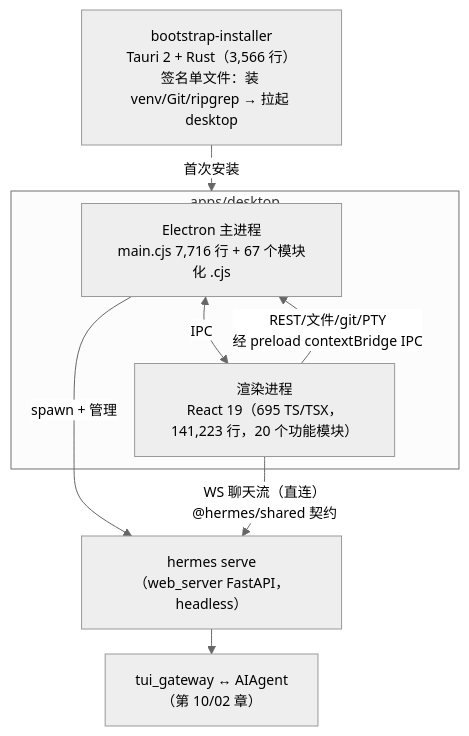
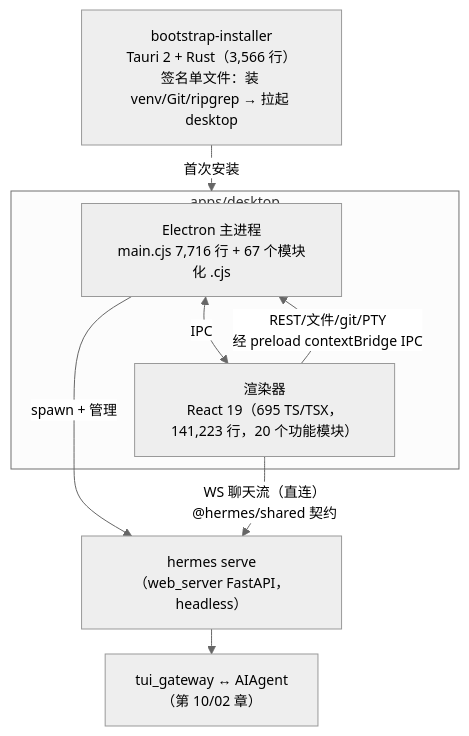
Before and after one commit to fang-lin/hermes-agent-code-analysis: the first of 2 diagrams in docs/zh/drafts/14-桌面应用-draft.md, drawn with Mermaid. The commit also changed other lines of this file, not shown here.

Commit message:
14 章草稿采纳文学性审核：拆 3 处高密度长段为列表/分段、补 4 处过渡句、补启动序列图、统一术语（渲染器/67+68/聊天）

````diff
--- a/docs/zh/drafts/14-桌面应用-draft.md
+++ b/docs/zh/drafts/14-桌面应用-draft.md
@@ -64,15 +64,15 @@
 ```mermaid
 %%{init: {"theme": "neutral", "themeVariables": {"fontSize": "14px"}, "flowchart": {"nodeSpacing": 15, "rankSpacing": 25}}}%%
 flowchart TD
     BOOT["bootstrap-installer<br/>Tauri 2 + Rust（3,566 行）<br/>签名单文件：装 venv/Git/ripgrep → 拉起 desktop"]
     BOOT -->|首次安装| DESK
     subgraph DESK ["apps/desktop"]
         MAIN["Electron 主进程<br/>main.cjs 7,716 行 + 67 个模块化 .cjs"]
-        REND["渲染进程<br/>React 19（695 TS/TSX，141,223 行，20 个功能模块）"]
+        REND["渲染器<br/>React 19（695 TS/TSX，141,223 行，20 个功能模块）"]
         MAIN <-->|IPC| REND
     end
     MAIN -->|"spawn + 管理"| BE["hermes serve<br/>（web_server FastAPI，headless）"]
     REND -->|"WS 聊天流（直连）<br/>@hermes/shared 契约"| BE
     REND -->|"REST/文件/git/PTY<br/>经 preload contextBridge IPC"| MAIN
     BE --> AGENT["tui_gateway ↔ AIAgent<br/>（第 10/02 章）"]
 ```
````
